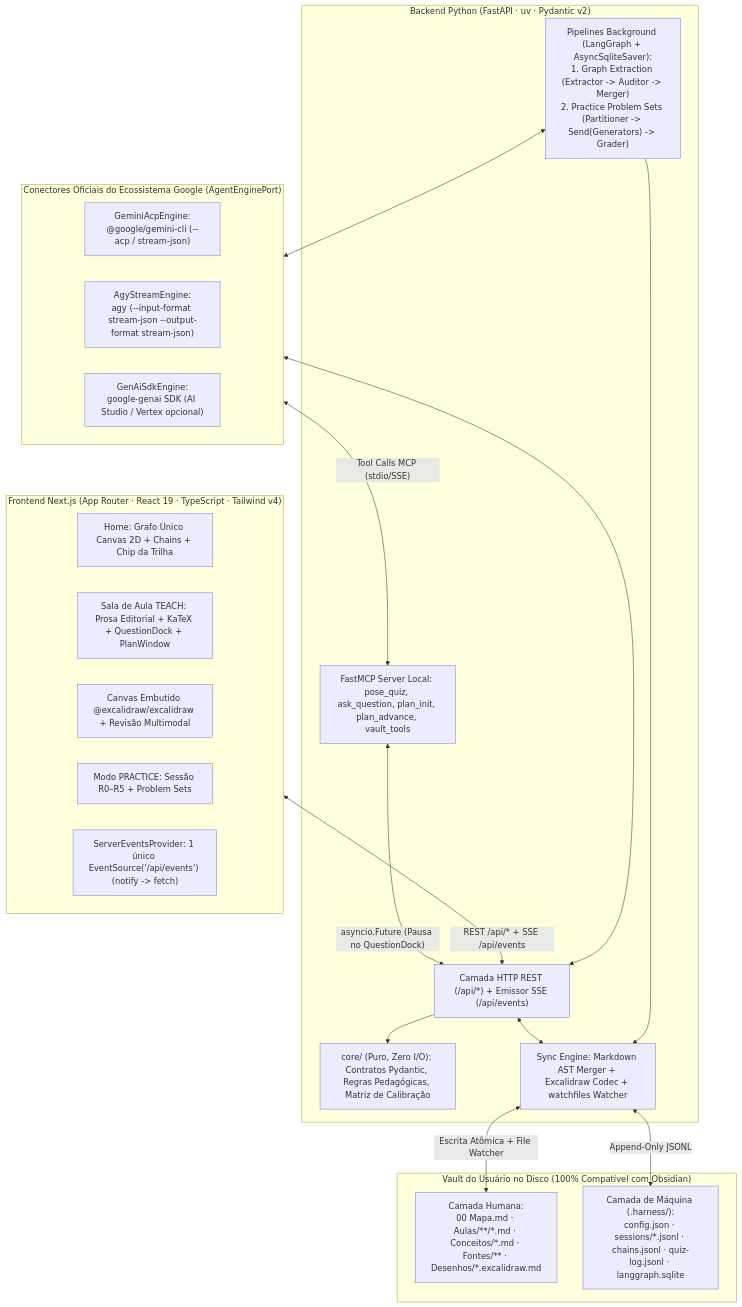
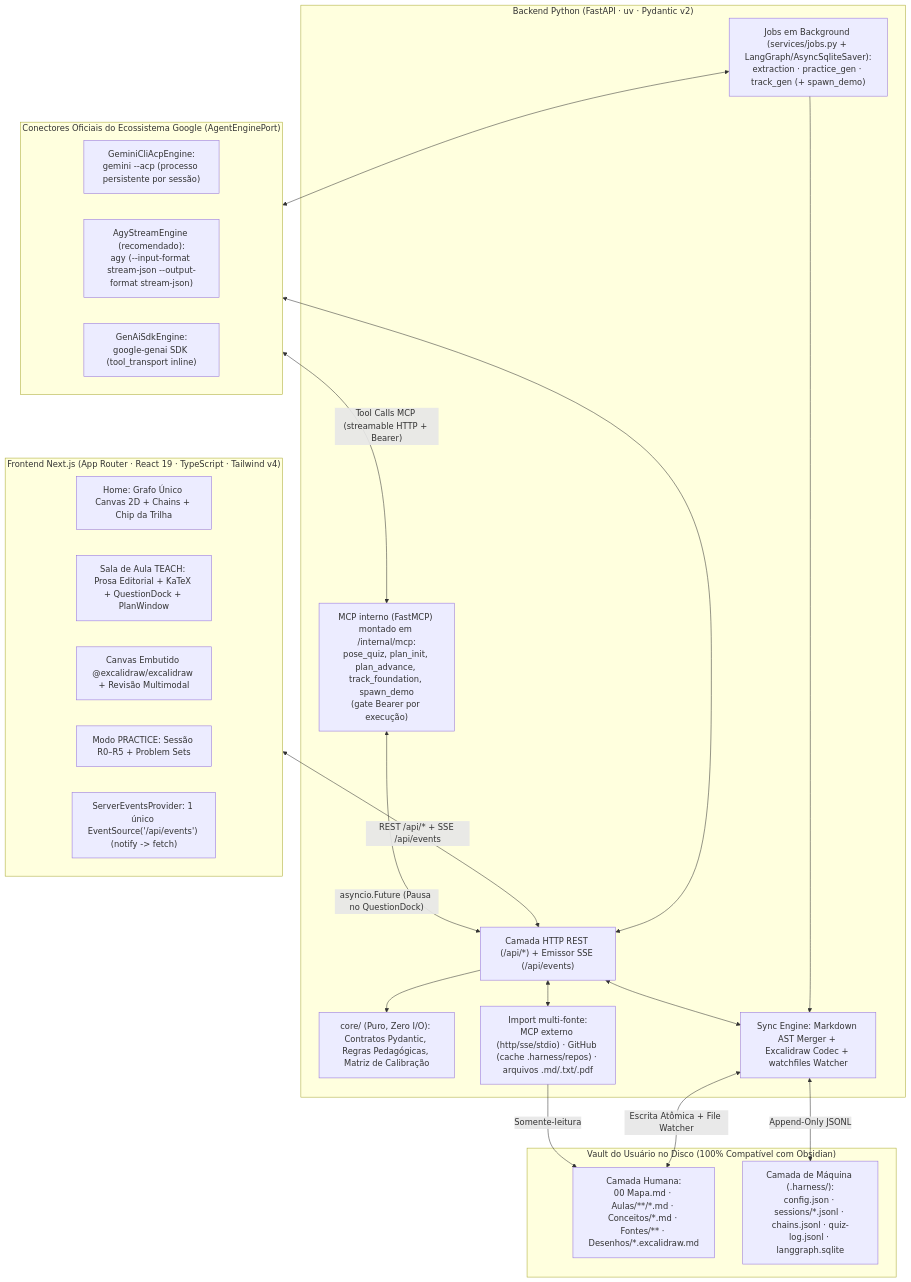
The diagram in docs/ARCHITECTURE.md (Lazaroenrico/lapidare), drawn with Mermaid before and after one commit. The commit also changed other lines of this file and 9 other files, not shown here.

First line of the commit message:
feat(import): cache de preview do GitHub via ls-remote, outline de currículo na Trilha e docs

````diff
--- a/docs/ARCHITECTURE.md
+++ b/docs/ARCHITECTURE.md
@@ -9,40 +9,43 @@
 ```mermaid
 flowchart TB
     subgraph FRONTEND["Frontend Next.js (App Router · React 19 · TypeScript · Tailwind v4)"]
         UI_HOME["Home: Grafo Único Canvas 2D + Chains + Chip da Trilha"]
         UI_CLASS["Sala de Aula TEACH: Prosa Editorial + KaTeX + QuestionDock + PlanWindow"]
         UI_DRAW["Canvas Embutido @excalidraw/excalidraw + Revisão Multimodal"]
         UI_PRAC["Modo PRACTICE: Sessão R0–R5 + Problem Sets"]
         SSE_CLIENT["ServerEventsProvider: 1 único EventSource('/api/events') (notify -> fetch)"]
     end
 
     subgraph BACKEND["Backend Python (FastAPI · uv · Pydantic v2)"]
         API["Camada HTTP REST (/api/*) + Emissor SSE (/api/events)"]
         CORE["core/ (Puro, Zero I/O): Contratos Pydantic, Regras Pedagógicas, Matriz de Calibração"]
-        MCP["FastMCP Server Local: pose_quiz, ask_question, plan_init, plan_advance, vault_tools"]
+        MCP["MCP interno (FastMCP) montado em /internal/mcp:\npose_quiz, plan_init, plan_advance, track_foundation, spawn_demo\n(gate Bearer por execução)"]
         WATCH["Sync Engine: Markdown AST Merger + Excalidraw Codec + watchfiles Watcher"]
-        LG["Pipelines Background (LangGraph + AsyncSqliteSaver):\n1. Graph Extraction (Extractor -> Auditor -> Merger)\n2. Practice Problem Sets (Partitioner -> Send(Generators) -> Grader)"]
+        LG["Jobs em Background (services/jobs.py + LangGraph/AsyncSqliteSaver):\nextraction · practice_gen · track_gen (+ spawn_demo)"]
+        IMPORT["Import multi-fonte:\nMCP externo (http/sse/stdio) · GitHub (cache .harness/repos) · arquivos .md/.txt/.pdf"]
     end
 
     subgraph ENGINES["Conectores Oficiais do Ecossistema Google (AgentEnginePort)"]
-        ENG_GEMINI["GeminiAcpEngine:\n@google/gemini-cli (--acp / stream-json)"]
-        ENG_AGY["AgyStreamEngine:\nagy (--input-format stream-json --output-format stream-json)"]
-        ENG_SDK["GenAiSdkEngine:\ngoogle-genai SDK (AI Studio / Vertex opcional)"]
+        ENG_GEMINI["GeminiCliAcpEngine:\ngemini --acp (processo persistente por sessão)"]
+        ENG_AGY["AgyStreamEngine (recomendado):\nagy (--input-format stream-json --output-format stream-json)"]
+        ENG_SDK["GenAiSdkEngine:\ngoogle-genai SDK (tool_transport inline)"]
     end
 
     subgraph VAULT["Vault do Usuário no Disco (100% Compatível com Obsidian)"]
         V_HUMAN["Camada Humana:\n00 Mapa.md · Aulas/**/*.md · Conceitos/*.md · Fontes/** · Desenhos/*.excalidraw.md"]
         V_MACH["Camada de Máquina (.harness/):\nconfig.json · sessions/*.jsonl · chains.jsonl · quiz-log.jsonl · langgraph.sqlite"]
     end
 
     FRONTEND <-->|"REST /api/* + SSE /api/events"| API
     API --> CORE
     API <--> ENGINES
-    ENGINES <-->|"Tool Calls MCP (stdio/SSE)"| MCP
+    ENGINES <-->|"Tool Calls MCP (streamable HTTP + Bearer)"| MCP
+    API <--> IMPORT
+    IMPORT -->|"Somente-leitura"| V_HUMAN
     MCP <-->|"asyncio.Future (Pausa no QuestionDock)"| API
     API <--> WATCH
     LG <--> ENGINES
     LG --> WATCH
     WATCH <-->|"Escrita Atômica + File Watcher"| V_HUMAN
     WATCH <-->|"Append-Only JSONL"| V_MACH
 ```
````
